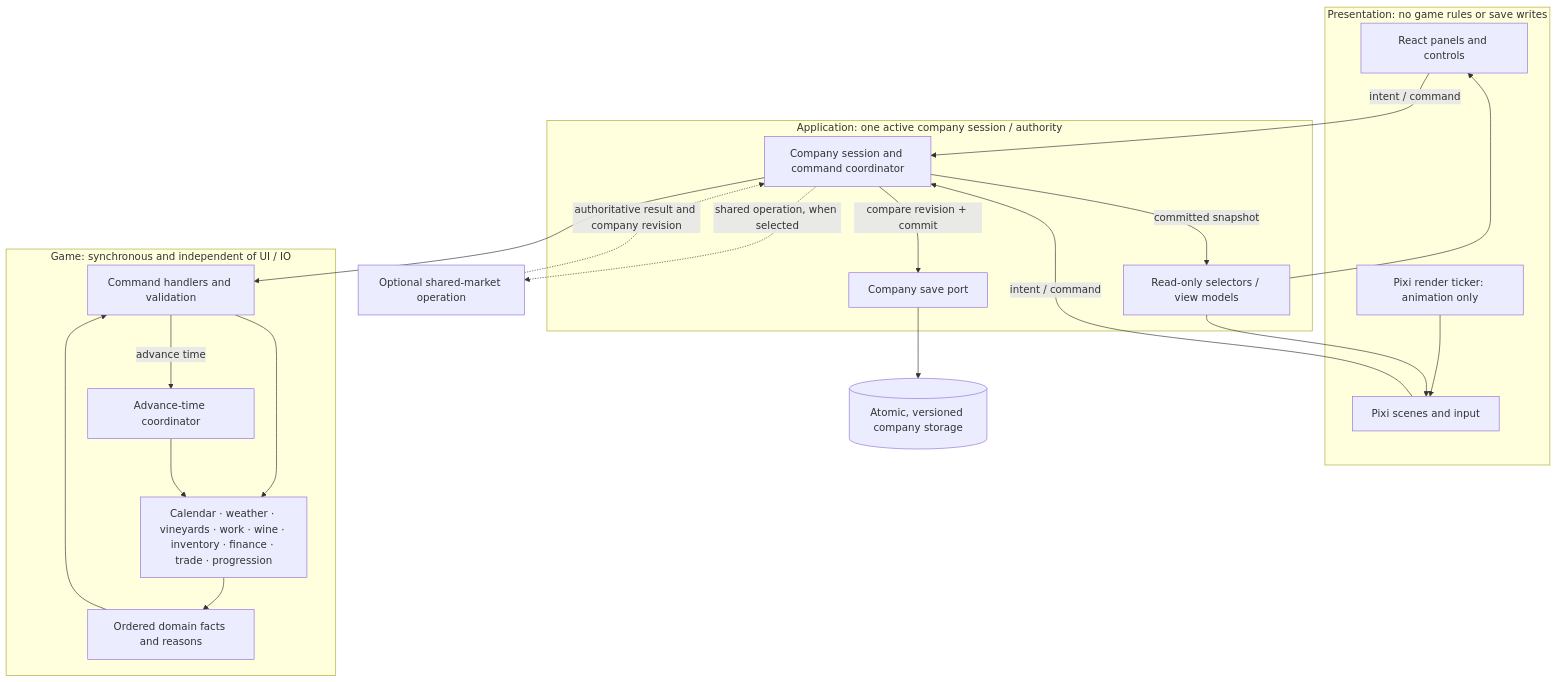
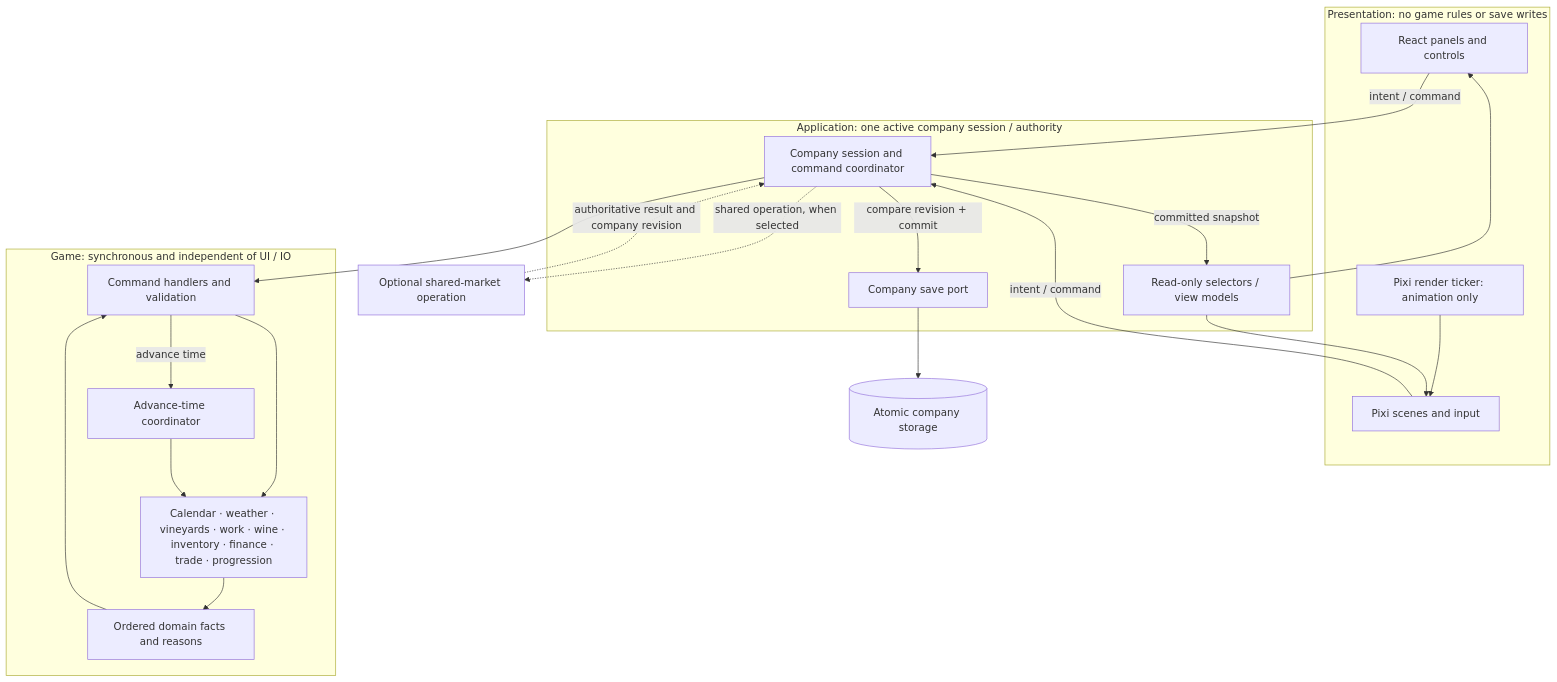
One commit to gram12321/winemaker05 changed the diagram in docs/WorkingDocs/Winemaker05_Technical_Architecture_Proposal.md. Above: the diagram before and after it, drawn with Mermaid. The commit also changed other lines of this file and 27 other files, not shown here.

Commit message:
0.0005 Correction of architecture

````diff
--- a/docs/WorkingDocs/Winemaker05_Technical_Architecture_Proposal.md
+++ b/docs/WorkingDocs/Winemaker05_Technical_Architecture_Proposal.md
@@ -15,38 +17,38 @@
 ```mermaid
 flowchart TB
     subgraph Presentation[Presentation: no game rules or save writes]
       React[React panels and controls]
       Pixi[Pixi scenes and input]
       Render[Pixi render ticker: animation only]
     end
     subgraph Application[Application: one active company session / authority]
       Session[Company session and command coordinator]
       Query[Read-only selectors / view models]
       Save[Company save port]
     end
     subgraph Simulation[Game: synchronous and independent of UI / IO]
       Commands[Command handlers and validation]
       Tick[Advance-time coordinator]
       Domains[Calendar · weather · vineyards · work · wine · inventory · finance · trade · progression]
       Events[Ordered domain facts and reasons]
     end
-    Store[(Atomic, versioned company storage)]
+    Store[(Atomic company storage)]
     Shared[Optional shared-market operation]
 
     React -->|intent / command| Session
     Pixi -->|intent / command| Session
     Render --> Pixi
     Session --> Commands
     Commands -->|advance time| Tick
     Commands --> Domains
     Tick --> Domains
     Domains --> Events
     Events --> Commands
     Session -->|compare revision + commit| Save
     Save --> Store
     Session -->|committed snapshot| Query
     Query --> React
     Query --> Pixi
     Session -. shared operation, when selected .-> Shared
     Shared -. authoritative result and company revision .-> Session
 ```
````
